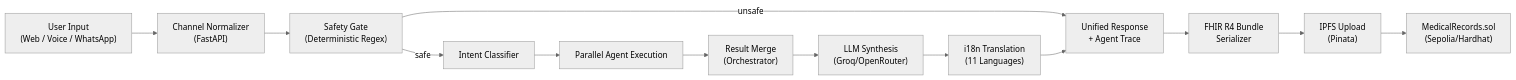
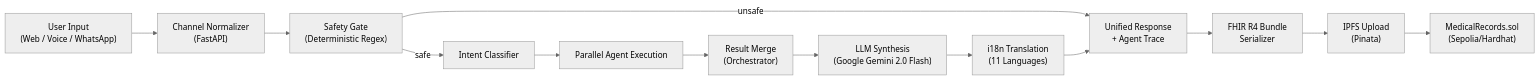
Before and after one commit to Rachit-Tiwari-7/SYNAPSE-OS: the ninth of 9 diagrams in README.md, drawn with Mermaid (neutral theme). The commit also changed other lines of this file and 15 other files, not shown here.

Commit message:
docs & architecture: standardize on Google Gemini 2.0 Flash and elevate municipal immune system

````diff
--- a/README.md
+++ b/README.md
@@ -751,22 +777,22 @@
 ```mermaid
 flowchart LR
     WEB["User Input\n(Web / Voice / WhatsApp)"]
     NORM["Channel Normalizer\n(FastAPI)"]
     SAFE["Safety Gate\n(Deterministic Regex)"]
     INT["Intent Classifier"]
     PARA["Parallel Agent Execution"]
     MERGE["Result Merge\n(Orchestrator)"]
-    LLM["LLM Synthesis\n(Groq/OpenRouter)"]
+    LLM["LLM Synthesis\n(Google Gemini 2.0 Flash)"]
     FHIR_B["FHIR R4 Bundle\nSerializer"]
     I18N["i18n Translation\n(11 Languages)"]
     OUT["Unified Response\n+ Agent Trace"]
     IPFS_P["IPFS Upload\n(Pinata)"]
     SOLIDITY["MedicalRecords.sol\n(Sepolia/Hardhat)"]
 
     WEB --> NORM --> SAFE
     SAFE -->|safe| INT --> PARA
     SAFE -->|unsafe| OUT
     PARA --> MERGE --> LLM --> I18N --> OUT
     OUT --> FHIR_B
     FHIR_B --> IPFS_P --> SOLIDITY
 ```
````
